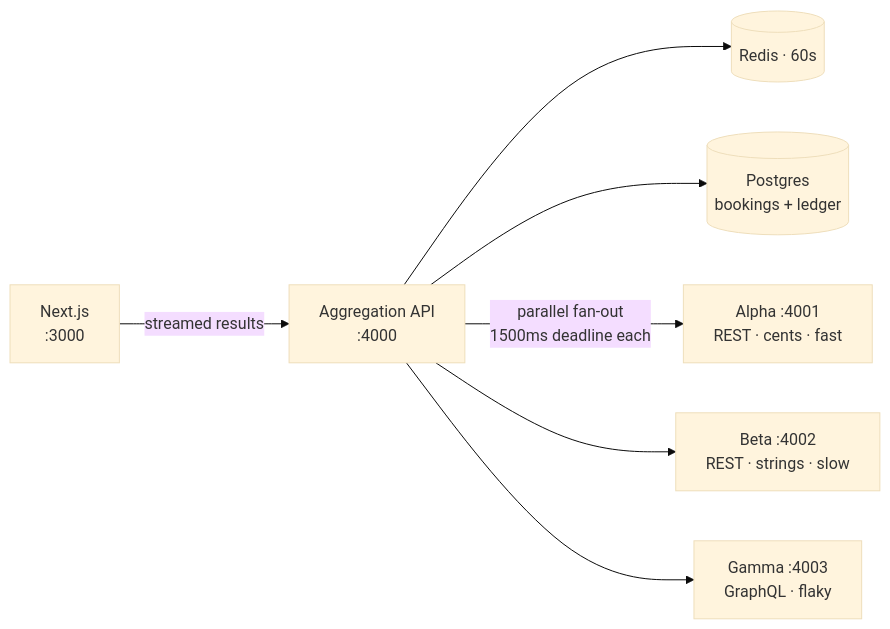
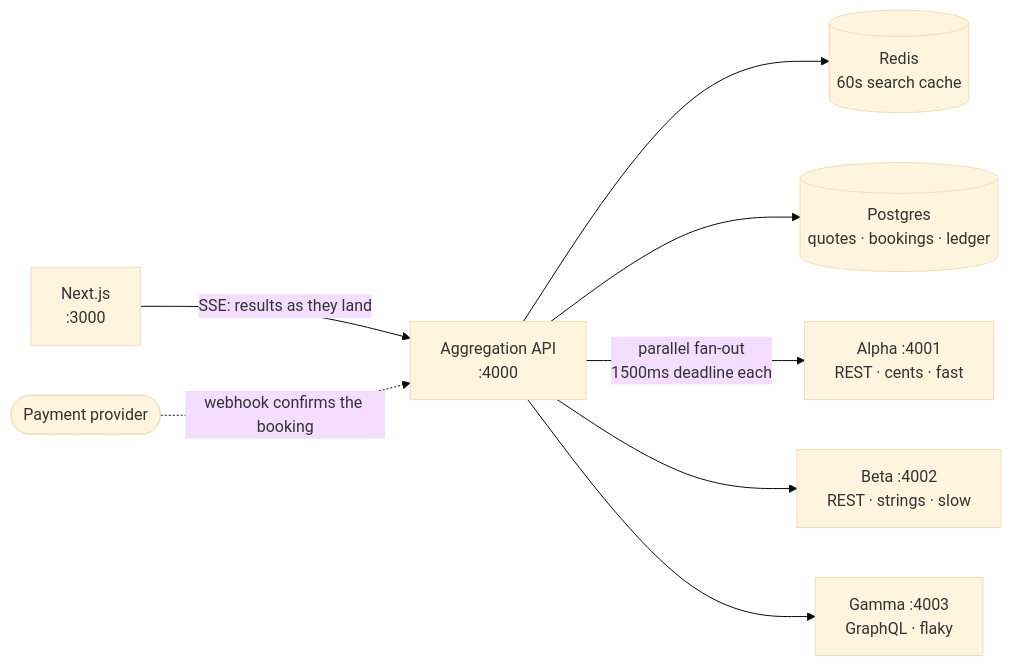
The first of 2 diagrams in README.md (shahidmonowarr/StayFinder), drawn with Mermaid (base theme) before and after one commit. The commit also changed other lines of this file and 28 other files, not shown here.

````diff
--- a/README.md
+++ b/README.md
@@ -18,9 +31,10 @@
 ```mermaid
 flowchart LR
-    WEB["Next.js<br/>:3000"] -->|"streamed results"| API["Aggregation API<br/>:4000"]
-    API --> CACHE[("Redis · 60s")]
-    API --> DB[("Postgres<br/>bookings + ledger")]
+    WEB["Next.js<br/>:3000"] -->|"SSE: results as they land"| API["Aggregation API<br/>:4000"]
+    API --> CACHE[("Redis<br/>60s search cache")]
+    API --> DB[("Postgres<br/>quotes · bookings · ledger")]
     API -->|"parallel fan-out<br/>1500ms deadline each"| A["Alpha :4001<br/>REST · cents · fast"]
     API --> B["Beta :4002<br/>REST · strings · slow"]
     API --> G["Gamma :4003<br/>GraphQL · flaky"]
+    PAY(["Payment provider"]) -.->|"webhook confirms the booking"| API
 ```
````
